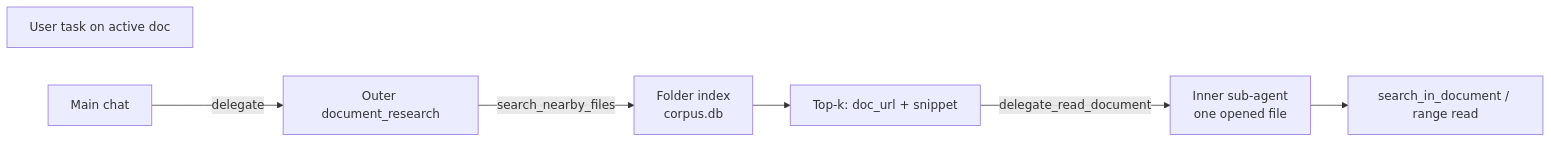
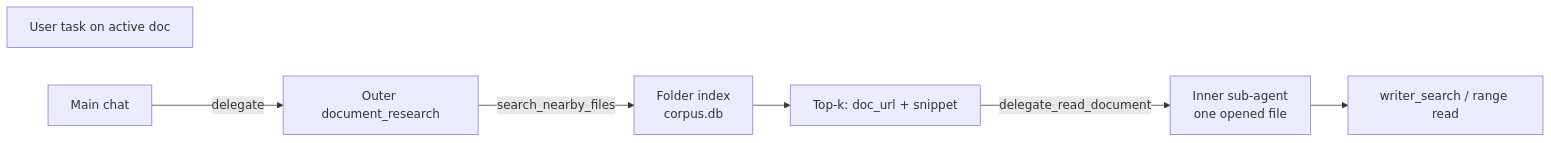
Before and after one commit to KeithCu/writeragent: the first of 3 diagrams in docs/embeddings.md, drawn with Mermaid. The commit also changed other lines of this file and 340 other files, not shown here.

````diff
--- a/docs/embeddings.md
+++ b/docs/embeddings.md
@@ -94,14 +94,14 @@
 ```mermaid
 flowchart LR
   User["User task on active doc"]
   Main[Main chat]
   Outer["Outer document_research"]
   Index["Folder index\ncorpus.db"]
   Hits["Top-k: doc_url + snippet"]
   Inner["Inner sub-agent\none opened file"]
-  Read["search_in_document / range read"]
+  Read["writer_search / range read"]
   Main -->|"delegate"| Outer
   Outer -->|"search_nearby_files"| Index
   Index --> Hits
   Hits -->|"delegate_read_document"| Inner --> Read
 ```
````
